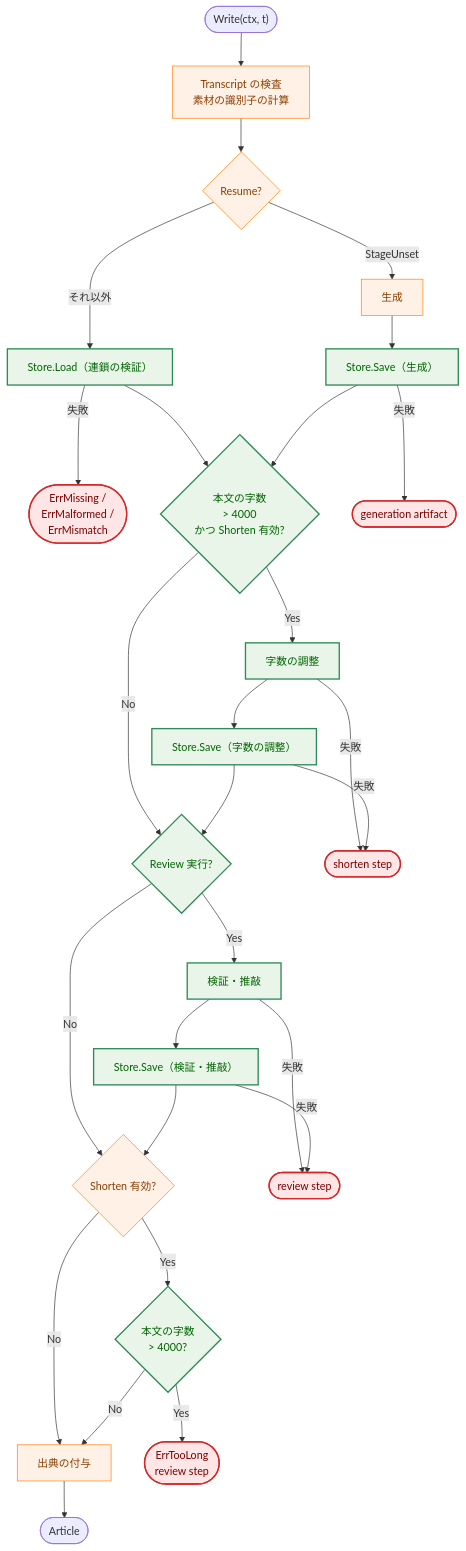
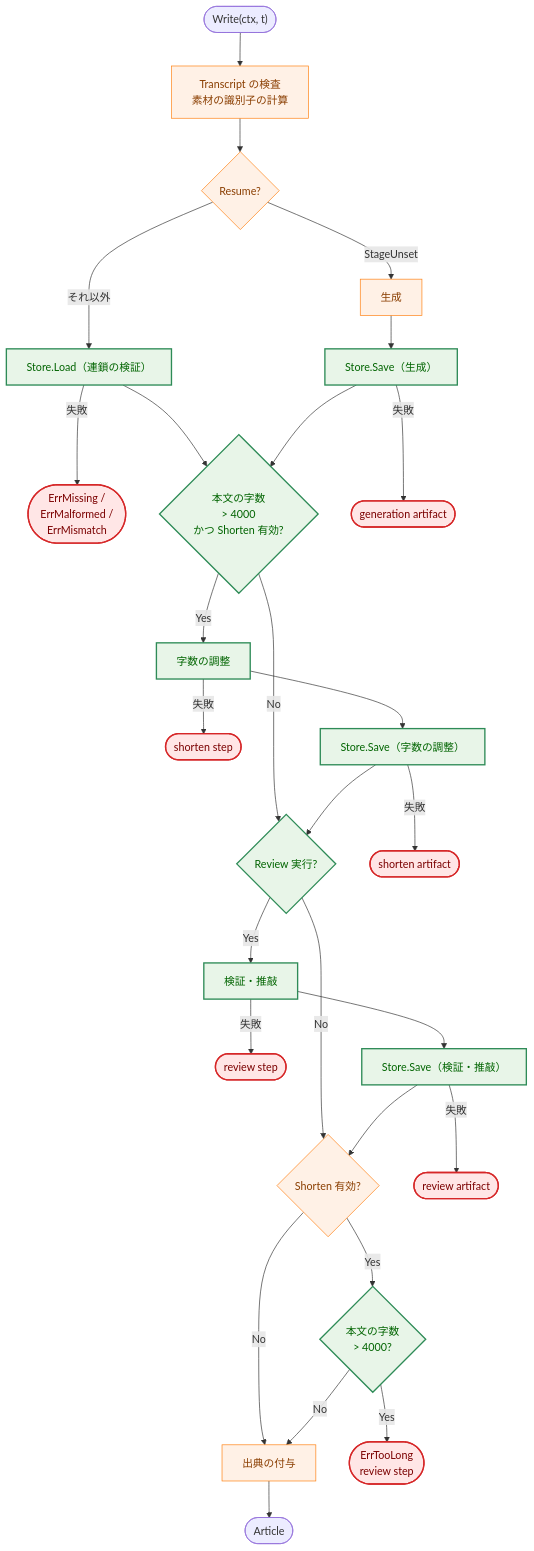
The eighth of 10 diagrams in docs/tasks/0017_intermediate_artifacts/02_architecture.md (isseis/yt2column), drawn with Mermaid before and after one commit. The commit also changed other lines of this file, not shown here.

First line of the commit message:
docs(0017): fix design defects found in review of the architecture

````diff
--- a/docs/tasks/0017_intermediate_artifacts/02_architecture.md
+++ b/docs/tasks/0017_intermediate_artifacts/02_architecture.md
@@ -703,37 +707,37 @@
 ```mermaid
 flowchart TD
     classDef process fill:#fff1e6,stroke:#ff7f0e,stroke-width:1px,color:#8a3e00;
     classDef enhanced fill:#e8f5e8,stroke:#2e8b57,stroke-width:2px,color:#006400;
     classDef problem fill:#ffe6e6,stroke:#d62728,stroke-width:2px,color:#7b0000;
 
     S(["Write(ctx, t)"]) --> V["Transcript の検査<br>素材の識別子の計算"]
     V --> R{"Resume?"}
     R -->|"StageUnset"| GEN["生成"]
     R -->|"それ以外"| LOAD["Store.Load（連鎖の検証）"]
     LOAD -->|"失敗"| E1(["ErrMissing /<br>ErrMalformed /<br>ErrMismatch"])
     LOAD --> C1{"本文の字数<br>> 4000<br>かつ Shorten 有効?"}
     GEN --> SAVE1["Store.Save（生成）"]
     SAVE1 -->|"失敗"| E2(["generation artifact"])
     SAVE1 --> C1
     C1 -->|"No"| C2{"Review 実行?"}
     C1 -->|"Yes"| SH["字数の調整"]
     SH -->|"失敗"| E3(["shorten step"])
     SH --> SAVE2["Store.Save（字数の調整）"]
-    SAVE2 -->|"失敗"| E3
+    SAVE2 -->|"失敗"| E6(["shorten artifact"])
     SAVE2 --> C2
     C2 -->|"No"| FC{"Shorten 有効?"}
     C2 -->|"Yes"| RV["検証・推敲"]
     RV -->|"失敗"| E4(["review step"])
     RV --> SAVE3["Store.Save（検証・推敲）"]
-    SAVE3 -->|"失敗"| E4
+    SAVE3 -->|"失敗"| E7(["review artifact"])
     SAVE3 --> FC
     FC -->|"No"| OUT["出典の付与"]
     FC -->|"Yes"| C3{"本文の字数<br>> 4000?"}
     C3 -->|"Yes"| E5(["ErrTooLong<br>review step"])
     C3 -->|"No"| OUT
     OUT --> D(["Article"])
 
     class V,GEN,OUT,R,FC process
     class LOAD,SH,RV,SAVE1,SAVE2,SAVE3,C1,C2,C3 enhanced
-    class E1,E2,E3,E4,E5 problem
+    class E1,E2,E3,E4,E5,E6,E7 problem
 ```
````
